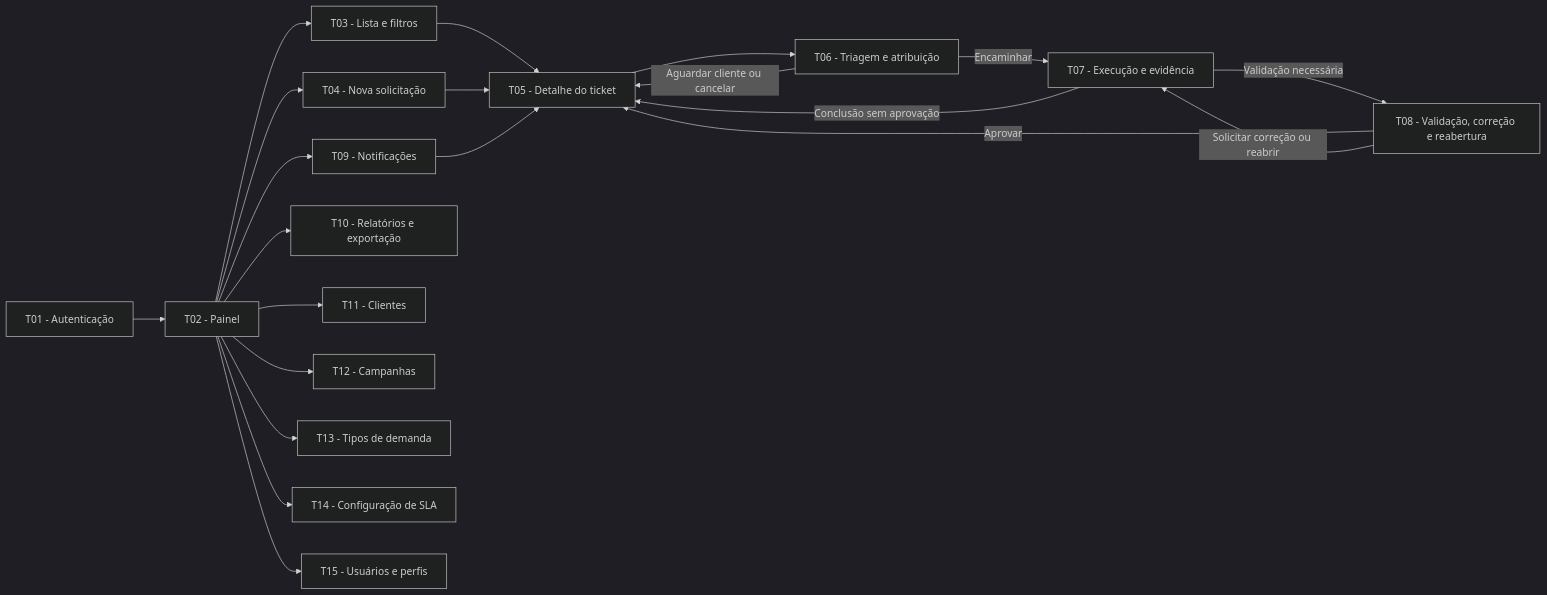
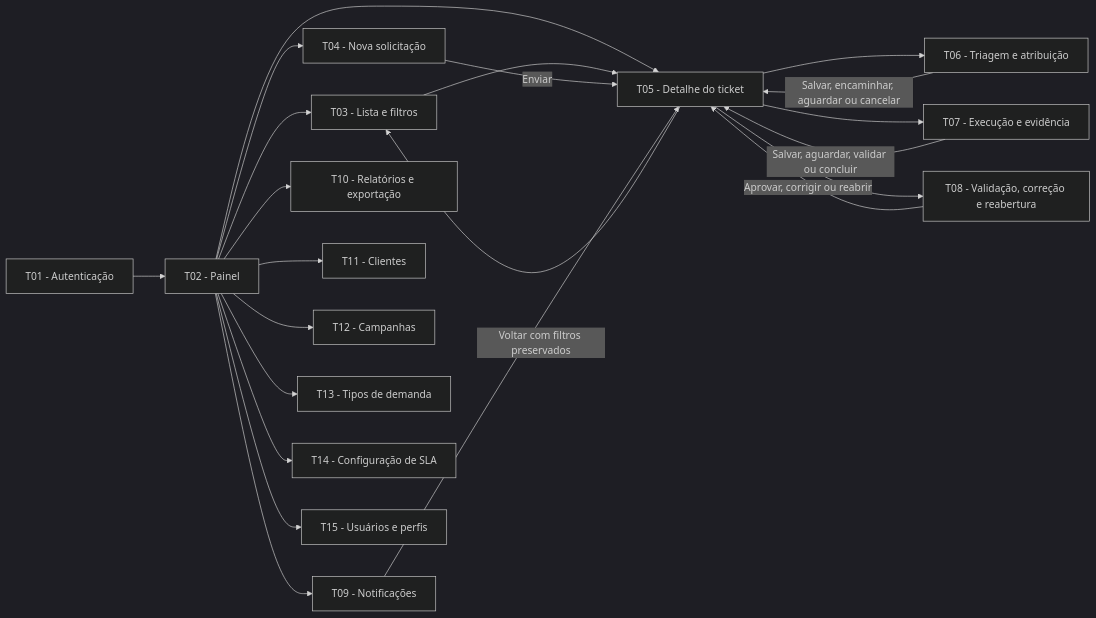
The diagram in Trabalho/Documentacao do Projeto/Prototipo/Prototipo especificação.md (NayaraFJ/TI-Sistemas-Integrados), drawn with Mermaid (dark theme) before and after one commit. The commit also changed other lines of this file and 9 other files, not shown here.

````diff
--- a/Trabalho/Documentacao do Projeto/Prototipo/Prototipo especificação.md
+++ b/Trabalho/Documentacao do Projeto/Prototipo/Prototipo especificação.md
@@ -209,23 +226,24 @@
 ```mermaid
 flowchart LR
     T01[T01 - Autenticação] --> T02[T02 - Painel]
     T02 --> T03[T03 - Lista e filtros]
     T02 --> T04[T04 - Nova solicitação]
+    T02 --> T05[T05 - Detalhe do ticket]
     T03 --> T05[T05 - Detalhe do ticket]
-    T04 --> T05
+    T04 -->|Enviar| T05
     T05 --> T06[T06 - Triagem e atribuição]
-    T06 -->|Encaminhar| T07[T07 - Execução e evidência]
-    T06 -->|Aguardar cliente ou cancelar| T05
-    T07 -->|Validação necessária| T08[T08 - Validação, correção e reabertura]
-    T07 -->|Conclusão sem aprovação| T05
-    T08 -->|Aprovar| T05
-    T08 -->|Solicitar correção ou reabrir| T07
+    T05 --> T07[T07 - Execução e evidência]
+    T05 --> T08[T08 - Validação, correção e reabertura]
+    T06 -->|Salvar, encaminhar, aguardar ou cancelar| T05
+    T07 -->|Salvar, aguardar, validar ou concluir| T05
+    T08 -->|Aprovar, corrigir ou reabrir| T05
+    T05 -->|Voltar com filtros preservados| T03
     T02 --> T09[T09 - Notificações]
     T09 --> T05
     T02 --> T10[T10 - Relatórios e exportação]
     T02 --> T11[T11 - Clientes]
     T02 --> T12[T12 - Campanhas]
     T02 --> T13[T13 - Tipos de demanda]
     T02 --> T14[T14 - Configuração de SLA]
     T02 --> T15[T15 - Usuários e perfis]
 ```
````
